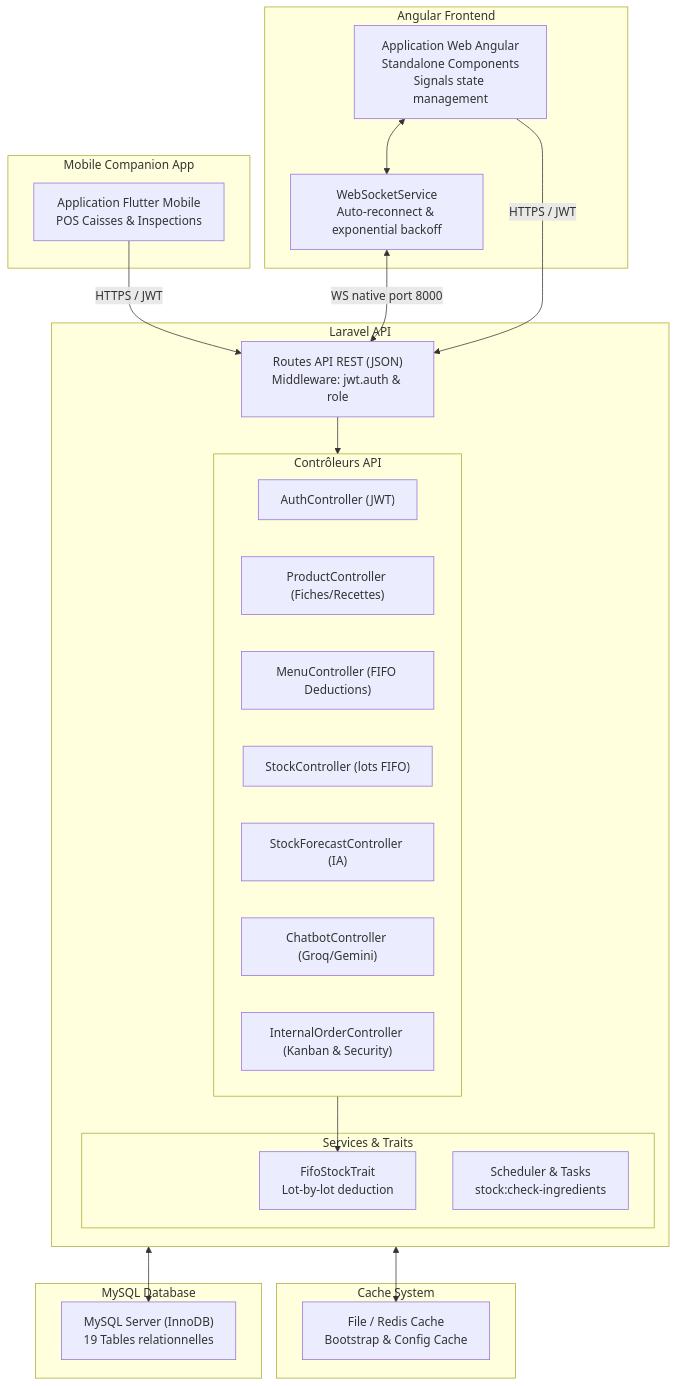
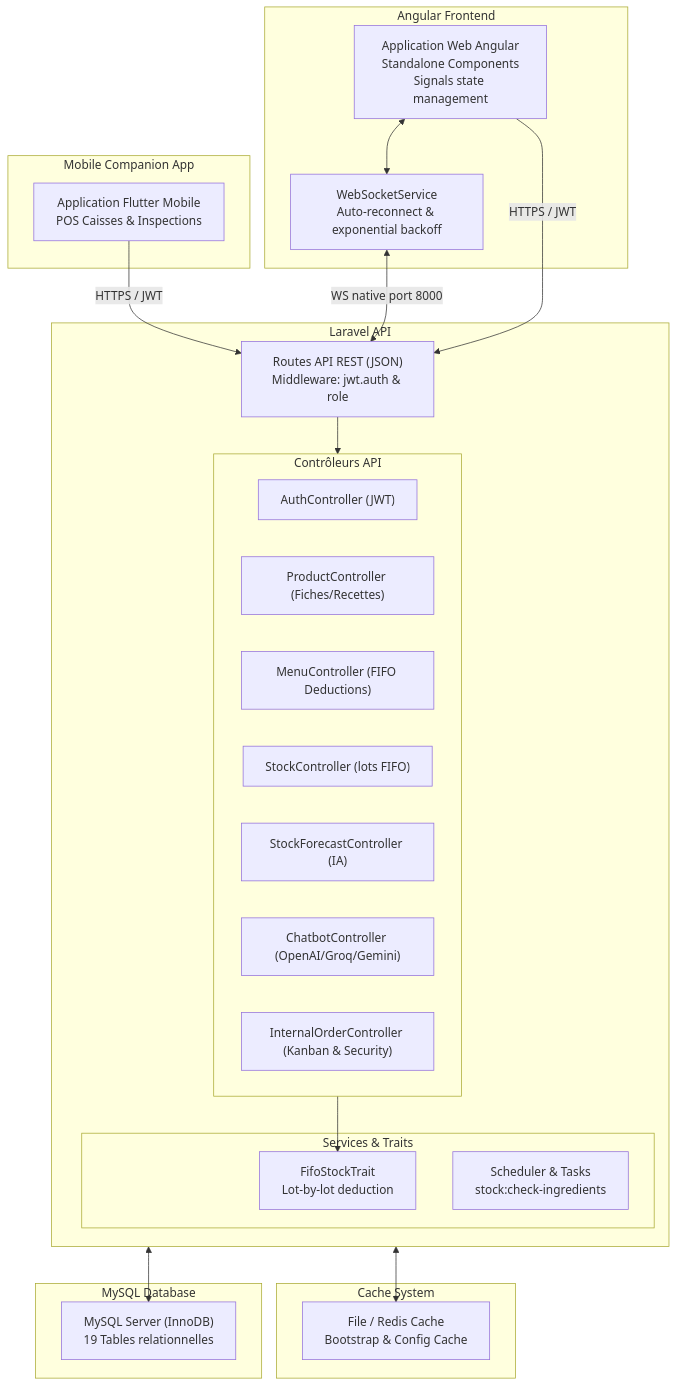
Before and after one commit to Xoner1/AeroServe: the first of 6 diagrams in docs/RAPPORT_TECHNIQUE.md, drawn with Mermaid. The commit also changed other lines of this file, not shown here.

````diff
--- a/docs/RAPPORT_TECHNIQUE.md
+++ b/docs/RAPPORT_TECHNIQUE.md
@@ -41,48 +41,48 @@
 ```mermaid
 graph TB
   subgraph Frontend [Angular Frontend]
     AngularApp["Application Web Angular<br/>Standalone Components<br/>Signals state management"]
     WebSocketService["WebSocketService<br/>Auto-reconnect & exponential backoff"]
     AngularApp <--> WebSocketService
   end
 
   subgraph Mobile [Mobile Companion App]
     FlutterApp["Application Flutter Mobile<br/>POS Caisses & Inspections"]
   end
 
   subgraph Backend [Laravel API]
     RestAPI["Routes API REST (JSON)<br/>Middleware: jwt.auth & role"]
     
     subgraph Controllers [Contrôleurs API]
       AuthController["AuthController (JWT)"]
       ProductController["ProductController (Fiches/Recettes)"]
       MenuController["MenuController (FIFO Deductions)"]
       StockController["StockController (lots FIFO)"]
       ForecastController["StockForecastController (IA)"]
-      ChatbotController["ChatbotController (Groq/Gemini)"]
+      ChatbotController["ChatbotController (OpenAI/Groq/Gemini)"]
       InternalOrderController["InternalOrderController (Kanban & Security)"]
     end
     
     subgraph Core [Services & Traits]
       FifoStockTrait["FifoStockTrait<br/>Lot-by-lot deduction"]
       ArtisanScheduler["Scheduler & Tasks<br/>stock:check-ingredients"]
     end
     
     RestAPI --> Controllers
     Controllers --> FifoStockTrait
   end
 
   subgraph DB [MySQL Database]
     MySQLDB["MySQL Server (InnoDB)<br/>19 Tables relationnelles"]
   end
 
   subgraph Cache [Cache System]
     RedisCache["File / Redis Cache<br/>Bootstrap & Config Cache"]
   end
 
   AngularApp -->|HTTPS / JWT| RestAPI
   FlutterApp -->|HTTPS / JWT| RestAPI
   WebSocketService <-->|WS native port 8000| RestAPI
   Backend <--> MySQLDB
   Backend <--> RedisCache
 ```
````
